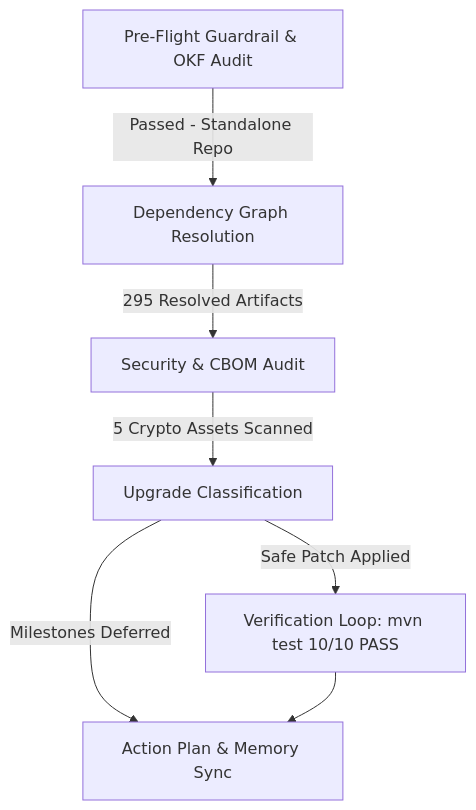
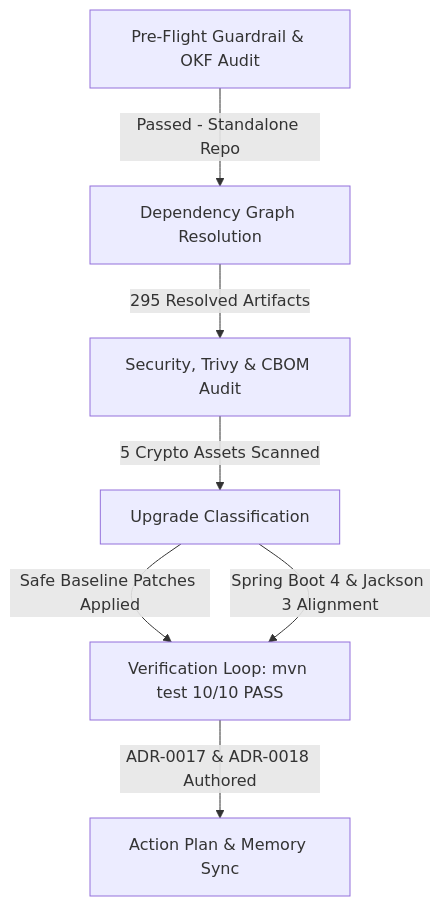
One commit to jsoehner/enterprise-command-center changed the diagram in docs/dependency_lifecycle_audit_report.md. Above: the diagram before and after it, drawn with Mermaid. The commit also changed other lines of this file and 5 other files, not shown here.

Commit message:
docs: synchronize documentation and guides with Spring Boot 4 and Jackson 3 baselines

````diff
--- a/docs/dependency_lifecycle_audit_report.md
+++ b/docs/dependency_lifecycle_audit_report.md
@@ -16,9 +16,9 @@
 ```mermaid
 graph TD
     A[Pre-Flight Guardrail & OKF Audit] -->|Passed - Standalone Repo| B[Dependency Graph Resolution]
-    B -->|295 Resolved Artifacts| C[Security & CBOM Audit]
+    B -->|295 Resolved Artifacts| C[Security, Trivy & CBOM Audit]
     C -->|5 Crypto Assets Scanned| D[Upgrade Classification]
-    D -->|Safe Patch Applied| E[Verification Loop: mvn test 10/10 PASS]
-    D -->|Milestones Deferred| F[Action Plan & Memory Sync]
-    E --> F
+    D -->|Safe Baseline Patches Applied| E[Verification Loop: mvn test 10/10 PASS]
+    D -->|Spring Boot 4 & Jackson 3 Alignment| E
+    E -->|ADR-0017 & ADR-0018 Authored| F[Action Plan & Memory Sync]
 ```
````
